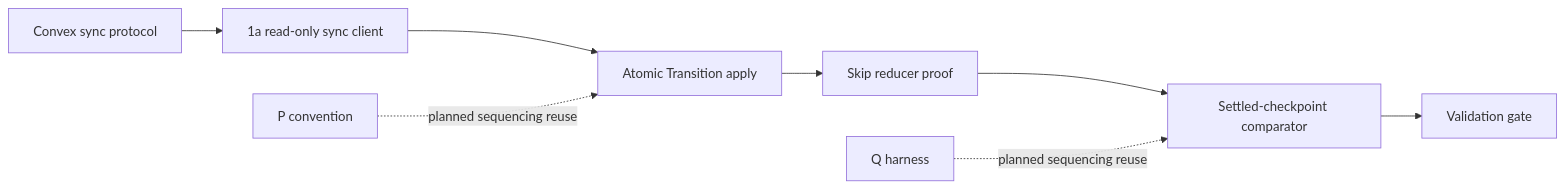
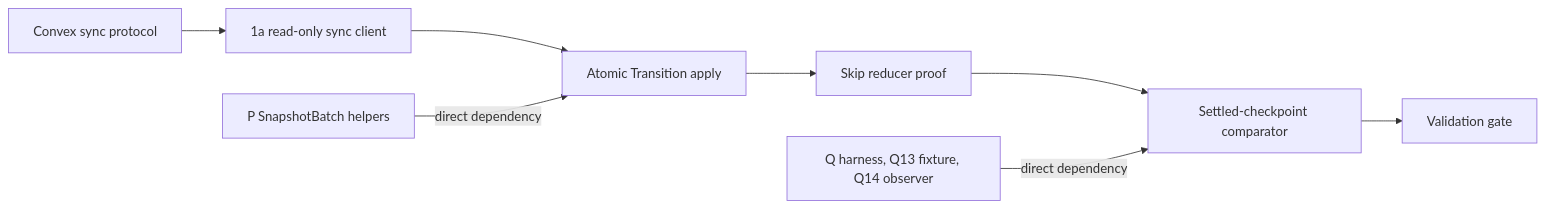
Before and after one commit to billf/convex-backend: the first of 2 diagrams in docs/plans/2026-09-10-1509-feat-skip-sync-protocol-client-plan.md, drawn with Mermaid. The commit also changed other lines of this file and 2 other files, not shown here.

First line of the commit message:
Adopt P snapshot baseline and Q in 1a and 1b

````diff
--- a/docs/plans/2026-09-10-1509-feat-skip-sync-protocol-client-plan.md
+++ b/docs/plans/2026-09-10-1509-feat-skip-sync-protocol-client-plan.md
@@ -84,10 +85,10 @@
 ```mermaid
 flowchart LR
   protocol["Convex sync protocol"] --> client["1a read-only sync client"]
   client --> atomic["Atomic Transition apply"]
   atomic --> skipGraph["Skip reducer proof"]
   skipGraph --> compare["Settled-checkpoint comparator"]
   compare --> result["Validation gate"]
-  p["P convention"] -. "planned sequencing reuse" .-> atomic
-  q["Q harness"] -. "planned sequencing reuse" .-> compare
+  p["P SnapshotBatch helpers"] -->|"direct dependency"| atomic
+  q["Q harness, Q13 fixture, Q14 observer"] -->|"direct dependency"| compare
 ```
````
